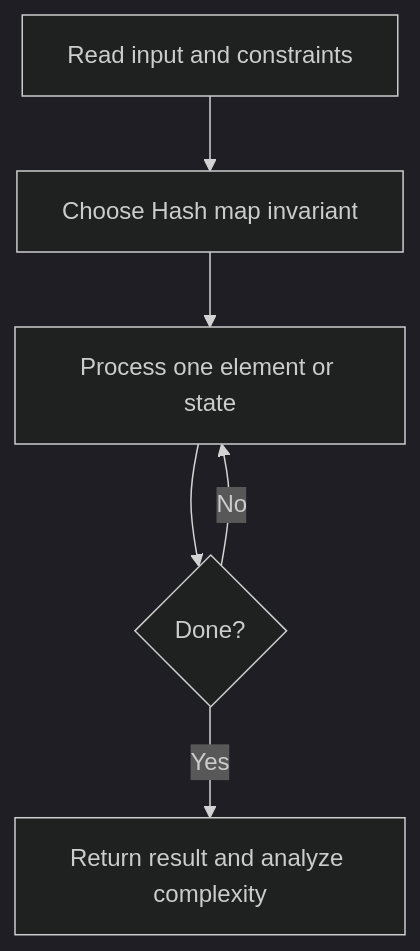
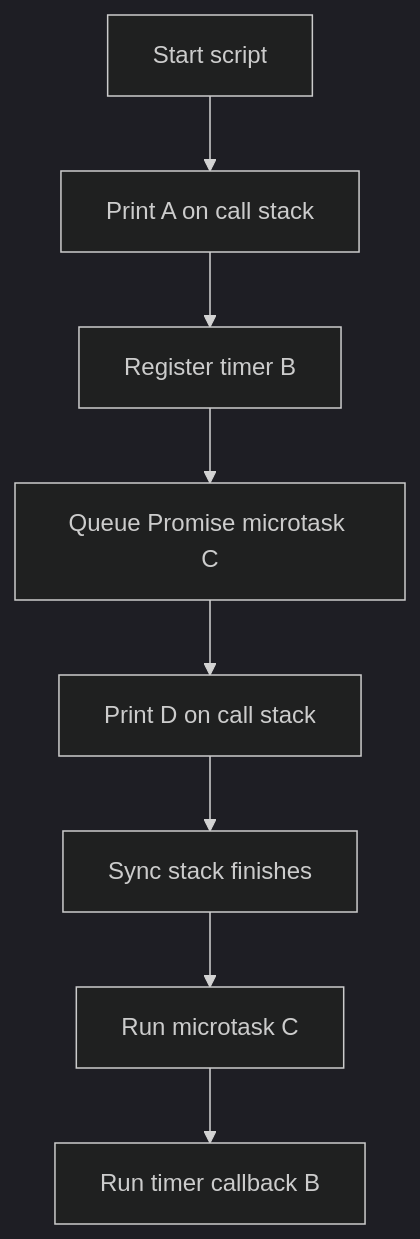
One commit to pratulsharma/minitrack changed the first of 2 diagrams in lessons/day-01.md. Above: the diagram before and after it, drawn with Mermaid (dark theme). The commit also changed other lines of this file and 118 other files, not shown here.

````diff
--- a/lessons/day-01.md
+++ b/lessons/day-01.md
@@ -17,8 +29,10 @@
 ```mermaid
 flowchart TD
-    A[Read input and constraints] --> B[Choose Hash map invariant]
-    B --> C[Process one element or state]
-    C --> D{Done?}
-    D -- No --> C
-    D -- Yes --> E[Return result and analyze complexity]
+  A[Start script] --> B[Print A on call stack]
+  B --> C[Register timer B]
+  C --> D[Queue Promise microtask C]
+  D --> E[Print D on call stack]
+  E --> F[Sync stack finishes]
+  F --> G[Run microtask C]
+  G --> H[Run timer callback B]
 ```
````
